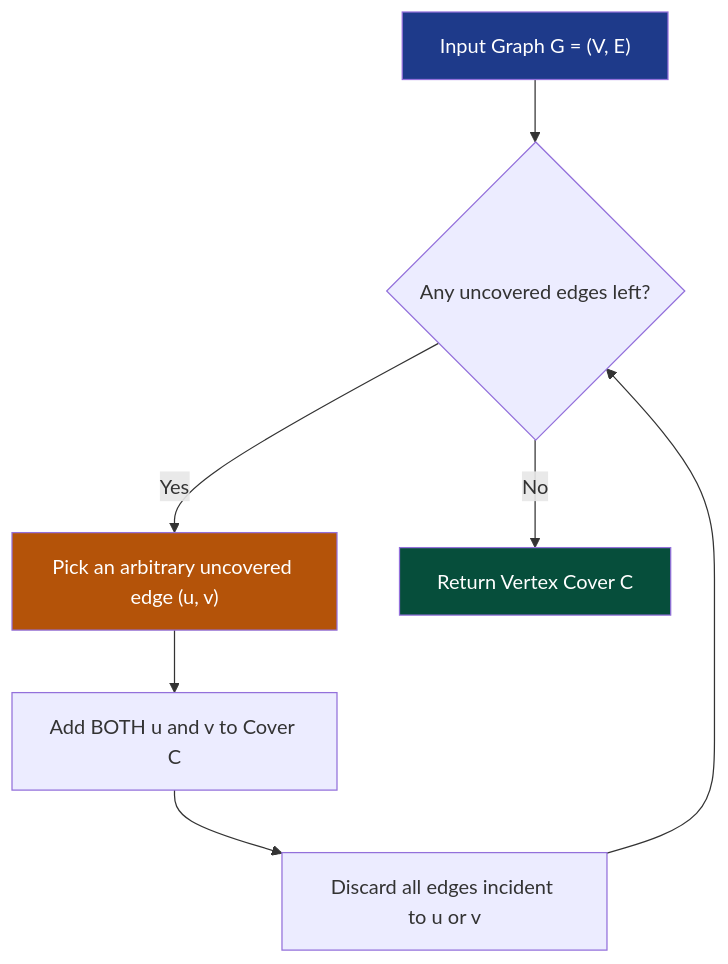
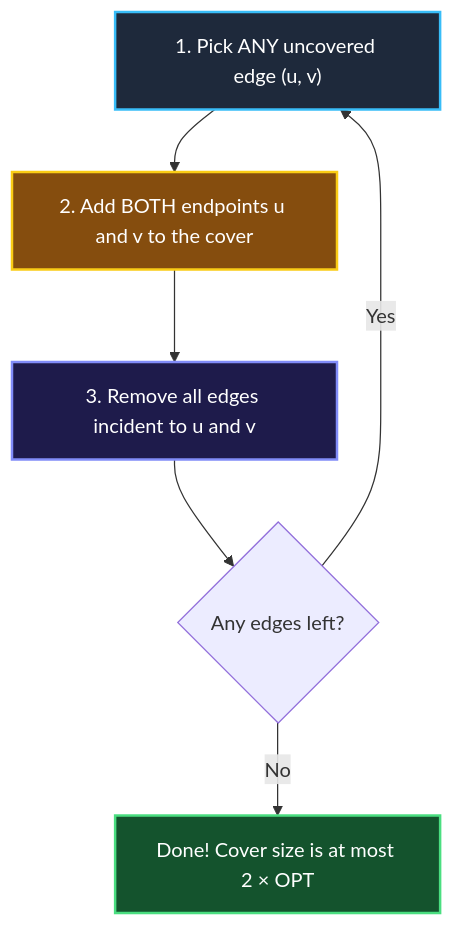
The diagram in 00 - Fundamentals/000 - Theoretical Foundations (The Complete Guide)/07_approximation_algorithms.md (vadde/DSA), drawn with Mermaid before and after one commit. The commit also changed other lines of this file and 14 other files, not shown here.

````diff
--- a/00 - Fundamentals/000 - Theoretical Foundations (The Complete Guide)/07_approximation_algorithms.md
+++ b/00 - Fundamentals/000 - Theoretical Foundations (The Complete Guide)/07_approximation_algorithms.md
@@ -72,13 +29,13 @@
 ```mermaid
 flowchart TD
-    START["Input Graph G = (V, E)"] --> LOOP{"Any uncovered edges left?"}
-    LOOP -- Yes --> PICK["Pick an arbitrary uncovered edge (u, v)"]
-    PICK --> ADD["Add BOTH u and v to Cover C"]
-    ADD --> DEL["Discard all edges incident to u or v"]
-    DEL --> LOOP
-    LOOP -- No --> RET["Return Vertex Cover C"]
+    E1["1. Pick ANY uncovered edge (u, v)"] --> E2["2. Add BOTH endpoints u and v to the cover"]
+    E2 --> E3["3. Remove all edges incident to u and v"]
+    E3 --> Check{"Any edges left?"}
+    Check -- Yes --> E1
+    Check -- No --> Done["Done! Cover size is at most 2 × OPT"]
 
-    style START fill:#1e3a8a,color:#ffffff
-    style PICK fill:#b45309,color:#ffffff
-    style RET fill:#064e3b,color:#ffffff
+    style E1 fill:#1e293b,stroke:#38bdf8,stroke-width:2px,color:#fff
+    style E2 fill:#854d0e,stroke:#facc15,stroke-width:2px,color:#fff
+    style E3 fill:#1e1b4b,stroke:#818cf8,stroke-width:2px,color:#fff
+    style Done fill:#14532d,stroke:#4ade80,stroke-width:2px,color:#fff
 ```
````
